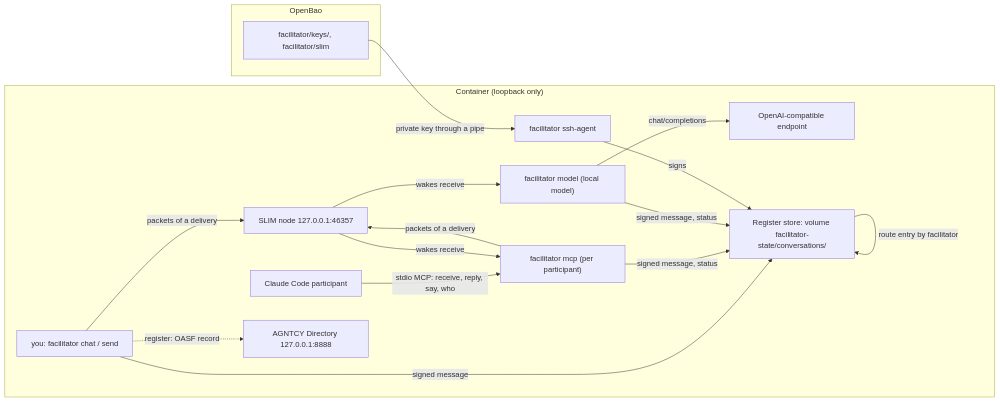
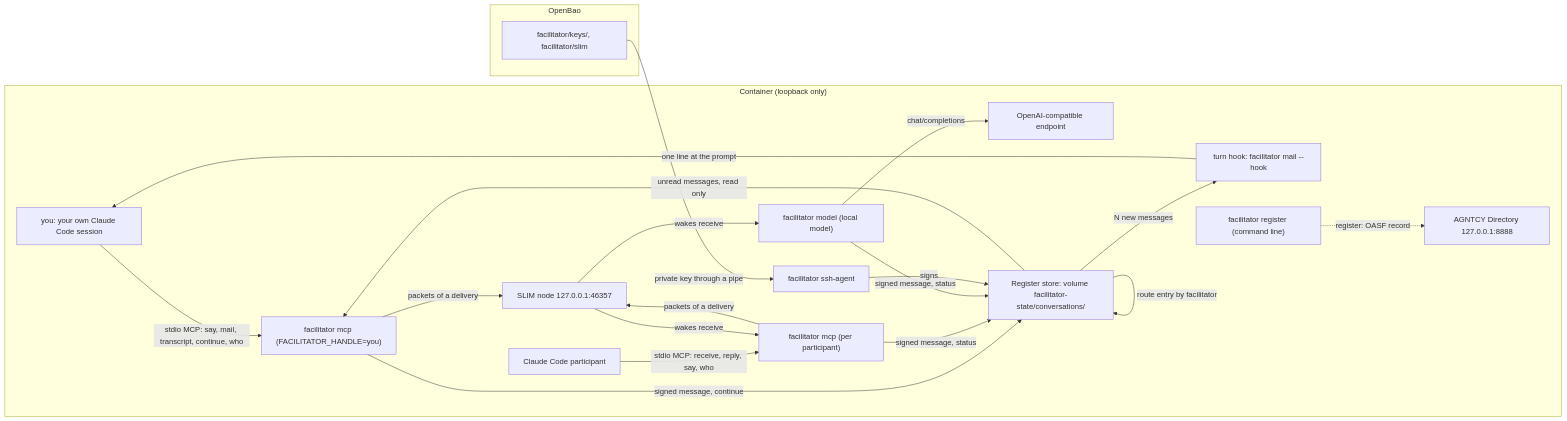
One commit to nabil-becker/devcontainer-features changed the fifth of 9 diagrams in docs/architecture/data-flows.md. Above: the diagram before and after it, drawn with Mermaid. The commit also changed other lines of this file and 28 other files, not shown here.

First line of the commit message:
feat(facilitator): MCP only, a person attaches over MCP (facilitator 0.2.0, facilitator-mcp-only)

````diff
--- a/docs/architecture/data-flows.md
+++ b/docs/architecture/data-flows.md
@@ -172,30 +174,37 @@
 ```mermaid
 flowchart LR
   subgraph external-zone-ct["Container (loopback only)"]
-    human["you: facilitator chat / send"]
+    human["you: your own Claude Code session"]
+    hmcp["facilitator mcp (FACILITATOR_HANDLE=you)"]
+    hook["turn hook: facilitator mail --hook"]
+    admin["facilitator register (command line)"]
     claude["Claude Code participant"]
     mcp["facilitator mcp (per participant)"]
     wrapper["facilitator model (local model)"]
     endpoint["OpenAI-compatible endpoint"]
     reg["Register store: volume facilitator-state/conversations/<id>"]
     slim["SLIM node 127.0.0.1:46357"]
     dir["AGNTCY Directory 127.0.0.1:8888"]
     agent["facilitator ssh-agent"]
   end
   subgraph external-zone-bao["OpenBao"]
     keys["facilitator/keys/<handle>, facilitator/slim"]
   end
   claude -->|stdio MCP: receive, reply, say, who| mcp
-  human -->|signed message| reg
+  human -->|stdio MCP: say, mail, transcript, continue, who| hmcp
+  hmcp -->|signed message, continue| reg
+  reg -->|unread messages, read only| hmcp
+  reg -->|N new messages| hook
+  hook -->|one line at the prompt| human
   mcp -->|signed message, status| reg
   wrapper -->|signed message, status| reg
   wrapper -->|chat/completions| endpoint
   reg -->|route entry by facilitator| reg
   mcp -->|packets of a delivery| slim
-  human -->|packets of a delivery| slim
+  hmcp -->|packets of a delivery| slim
   slim -->|wakes receive| wrapper
   slim -->|wakes receive| mcp
   keys -->|private key through a pipe| agent
   agent -->|signs| reg
-  human -.->|register: OASF record| dir
+  admin -.->|register: OASF record| dir
 ```
````
